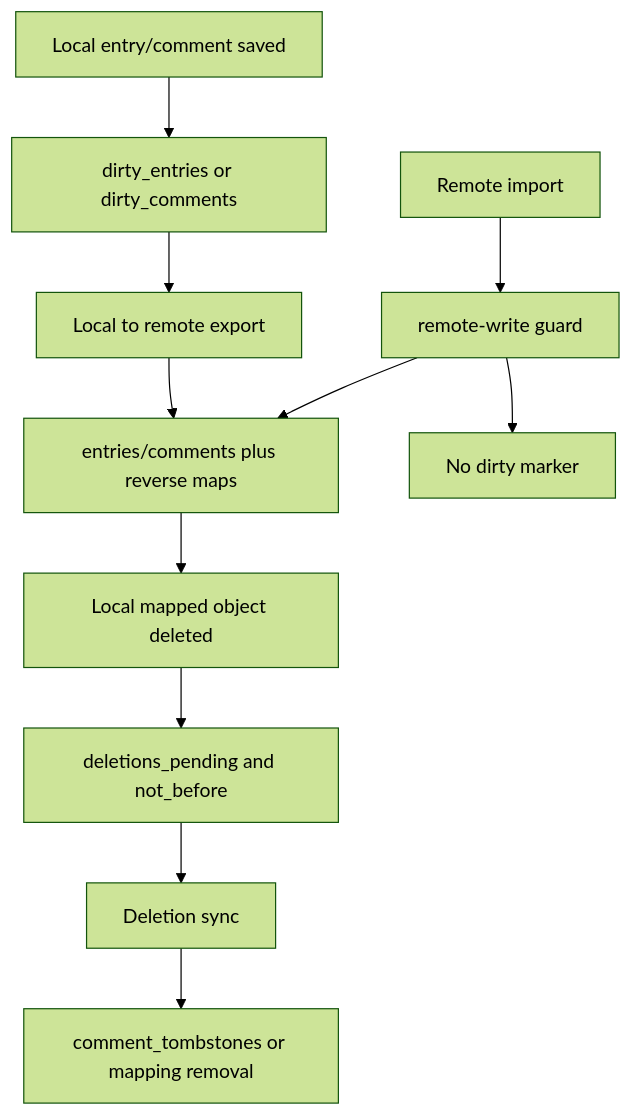
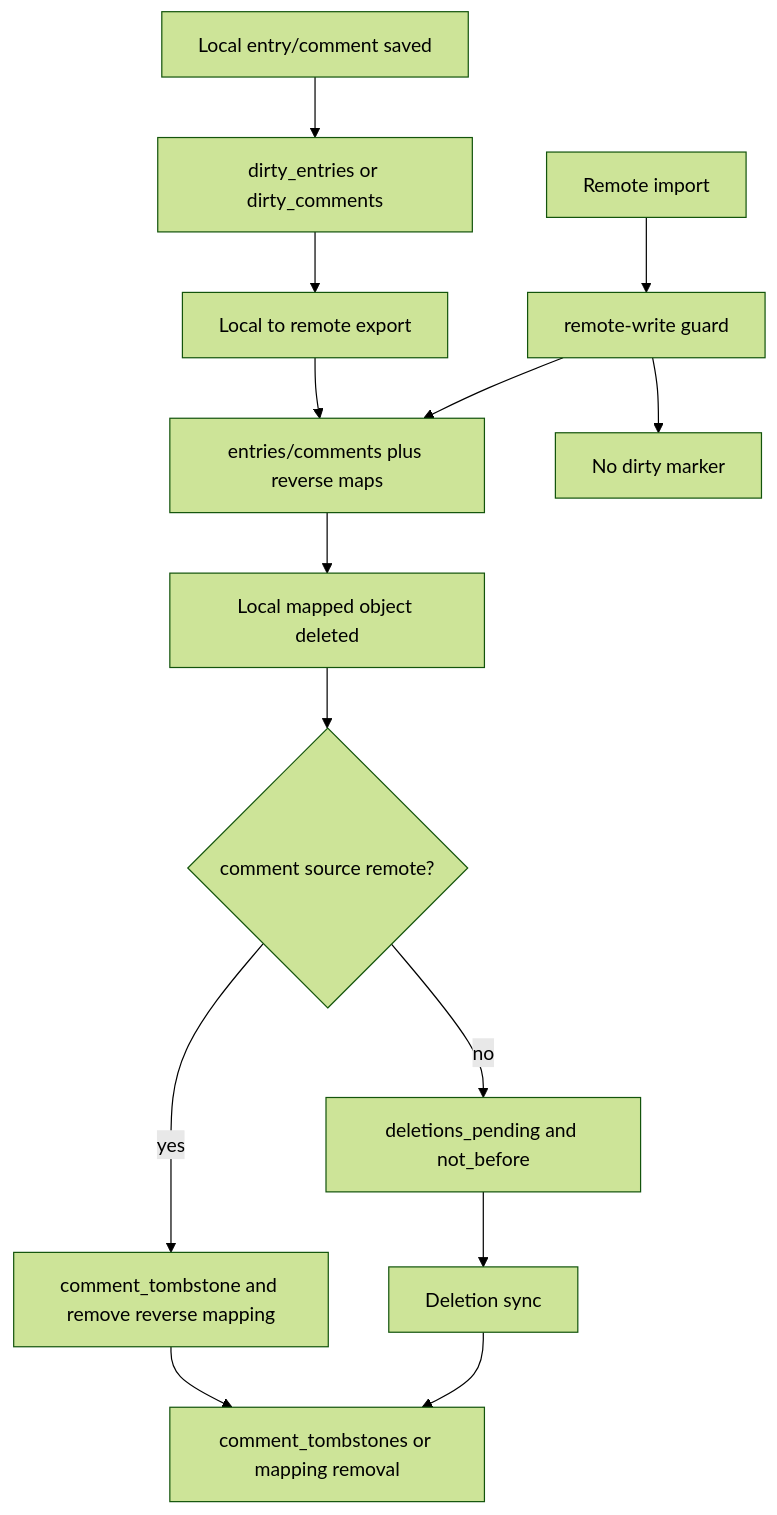
Before and after one commit to flatpressblog/flatpress: the diagram in fp-plugins/mastodon/developer-docs/02-State-Model.md, drawn with Mermaid (forest theme). The commit also changed other lines of this file and 27 other files, not shown here.

````diff
--- a/fp-plugins/mastodon/developer-docs/02-State-Model.md
+++ b/fp-plugins/mastodon/developer-docs/02-State-Model.md
@@ -151,19 +159,23 @@
 ```mermaid
 flowchart TD
     LocalCreate[Local entry/comment saved]
     Dirty[dirty_entries or dirty_comments]
     Export[Local to remote export]
     Map[entries/comments plus reverse maps]
     LocalDelete[Local mapped object deleted]
+    ImportedRemoteDelete{comment source remote?}
+    IgnoreRemote[comment_tombstone and remove reverse mapping]
     Pending[deletions_pending and not_before]
     DeleteSync[Deletion sync]
     Tombstone[comment_tombstones or mapping removal]
     RemoteImport[Remote import]
     Guard[remote-write guard]
     Clean[No dirty marker]
 
     LocalCreate --> Dirty --> Export --> Map
-    Map --> LocalDelete --> Pending --> DeleteSync --> Tombstone
+    Map --> LocalDelete --> ImportedRemoteDelete
+    ImportedRemoteDelete -->|yes| IgnoreRemote --> Tombstone
+    ImportedRemoteDelete -->|no| Pending --> DeleteSync --> Tombstone
     RemoteImport --> Guard --> Map
     Guard --> Clean
 ```
````
